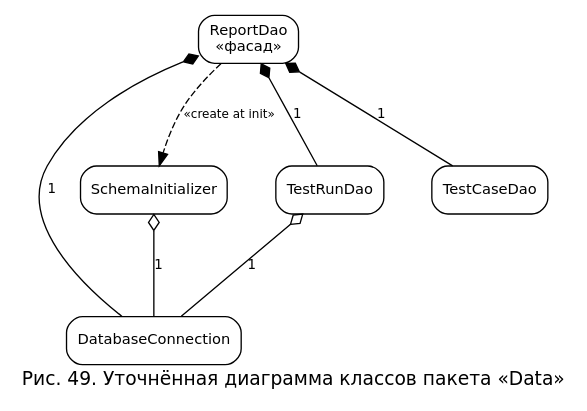
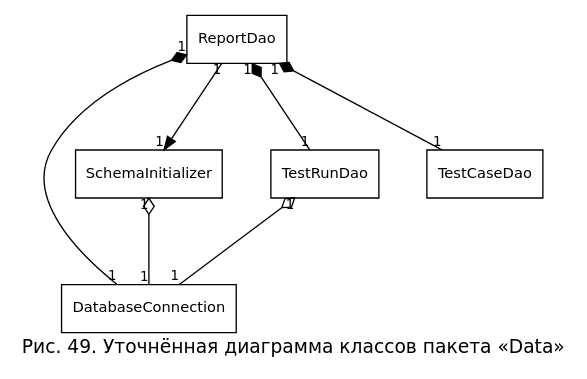
One commit to nastolbov/AutoTestGeneratorUpdate changed the diagram in diagrams/cls_data_refined.dot. Above: the diagram before and after it, drawn with Graphviz. The commit also changed 45 other files, not shown here.

```diff
--- a/diagrams/cls_data_refined.dot
+++ b/diagrams/cls_data_refined.dot
@@ -1,25 +1,27 @@
-digraph Data {
+digraph DR {
     rankdir=TB; fontname="DejaVu Sans"; fontsize=14;
     label="Рис. 49. Уточнённая диаграмма классов пакета «Data»"; labelloc=b;
     nodesep=0.5; ranksep=0.9;
-    node [fontname="DejaVu Sans", fontsize=11, shape=box, style="rounded,filled", fillcolor=white];
+    node [fontname="DejaVu Sans", fontsize=11, shape=box, style=filled, fillcolor=white];
     edge [color=black, fontname="DejaVu Sans", fontsize=10];
 
-    ReportDao          [label="ReportDao\n«фасад»"];
-    DatabaseConnection [label="DatabaseConnection"];
-    SchemaInitializer  [label="SchemaInitializer"];
-    TestRunDao         [label="TestRunDao"];
-    TestCaseDao        [label="TestCaseDao"];
+    RD  [label="ReportDao"];
+    DC  [label="DatabaseConnection"];
+    SI  [label="SchemaInitializer"];
+    TRD [label="TestRunDao"];
+    TCD [label="TestCaseDao"];
 
-    ReportDao -> DatabaseConnection [arrowtail=diamond, dir=back, label="1"];
-    ReportDao -> TestRunDao         [arrowtail=diamond, dir=back, label="1"];
-    ReportDao -> TestCaseDao        [arrowtail=diamond, dir=back, label="1"];
-    ReportDao -> SchemaInitializer  [style=dashed, label="«create at init»", fontsize=9];
+    // Композиция ♦ — фасад владеет под-DAO и connection
+    RD -> DC  [arrowtail=diamond, dir=back, taillabel="1", headlabel="1"];
+    RD -> TRD [arrowtail=diamond, dir=back, taillabel="1", headlabel="1"];
+    RD -> TCD [arrowtail=diamond, dir=back, taillabel="1", headlabel="1"];
+    // Ассоциация — create
+    RD -> SI  [taillabel="1", headlabel="1"];
+    // Агрегация ◇ — общий connection
+    TRD -> DC [arrowtail=odiamond, dir=back, taillabel="1", headlabel="1"];
+    SI  -> DC [arrowtail=odiamond, dir=back, taillabel="1", headlabel="1"];
 
-    TestRunDao        -> DatabaseConnection [arrowtail=odiamond, dir=back, label="1"];
-    SchemaInitializer -> DatabaseConnection [arrowtail=odiamond, dir=back, label="1"];
-
-    { rank=same; ReportDao; }
-    { rank=same; SchemaInitializer; TestRunDao; TestCaseDao; }
-    { rank=same; DatabaseConnection; }
+    { rank=same; RD; }
+    { rank=same; SI; TRD; TCD; }
+    { rank=same; DC; }
 }
```
